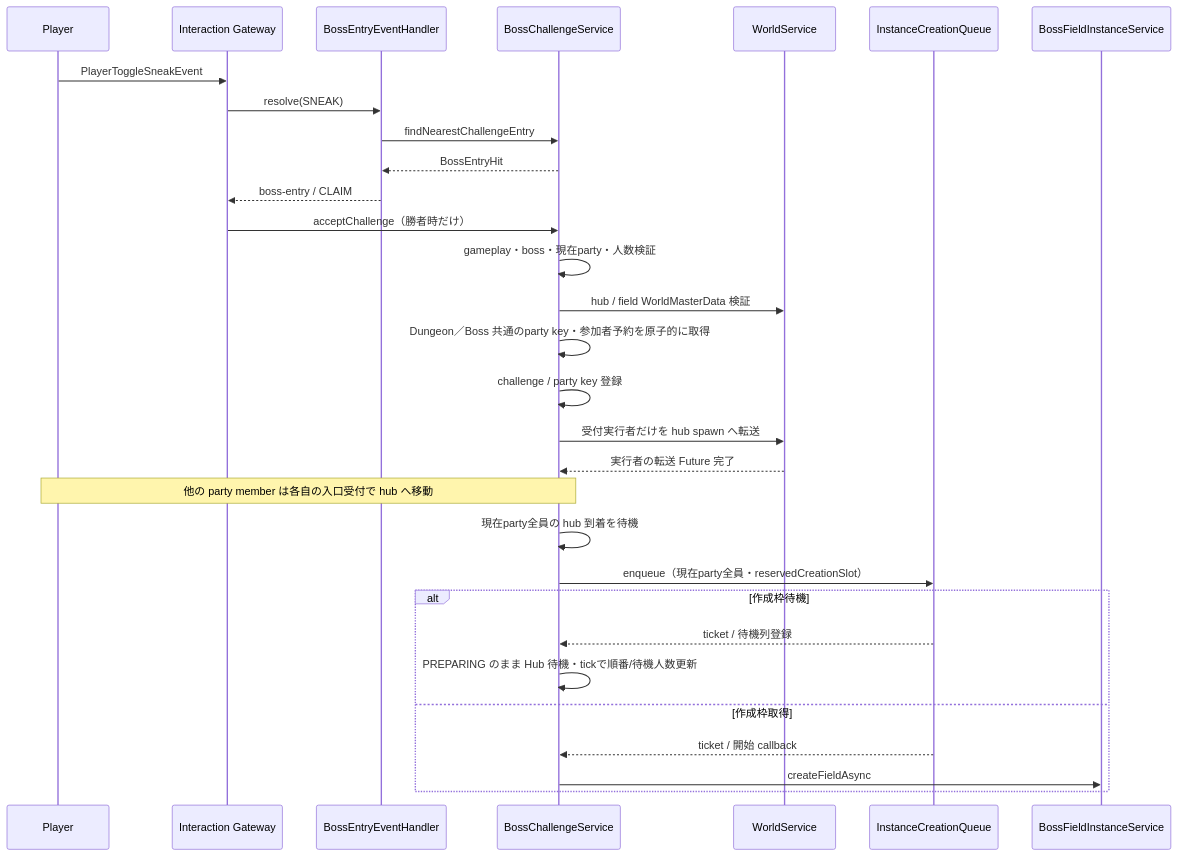
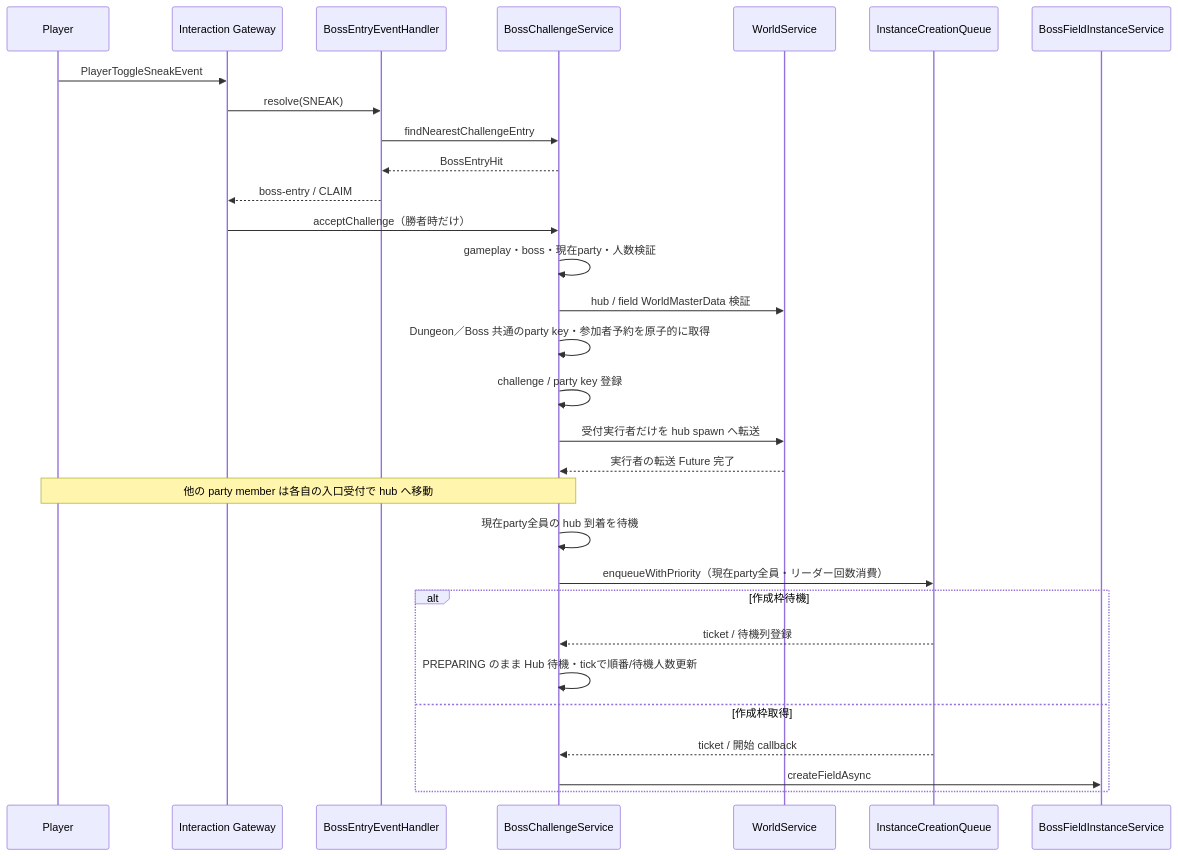
The first of 6 diagrams in 00_docs/10_Plugin設計書/feature/26-boss/26_4-統合フロー.md (maaasu/AstralRecord-Workspace), drawn with Mermaid before and after one commit. The commit also changed 14 other files, not shown here.

````diff
--- a/00_docs/10_Plugin設計書/feature/26-boss/26_4-統合フロー.md
+++ b/00_docs/10_Plugin設計書/feature/26-boss/26_4-統合フロー.md
@@ -7,33 +7,33 @@
 ```mermaid
 sequenceDiagram
     participant P as Player
     participant G as Interaction Gateway
     participant E as BossEntryEventHandler
     participant B as BossChallengeService
     participant W as WorldService
     participant Q as InstanceCreationQueue
     participant F as BossFieldInstanceService
 
     P->>G: PlayerToggleSneakEvent
     G->>E: resolve(SNEAK)
     E->>B: findNearestChallengeEntry
     B-->>E: BossEntryHit
     E-->>G: boss-entry / CLAIM
     G->>B: acceptChallenge（勝者時だけ）
     B->>B: gameplay・boss・現在party・人数検証
     B->>W: hub / field WorldMasterData 検証
     B->>B: Dungeon／Boss 共通のparty key・参加者予約を原子的に取得
     B->>B: challenge / party key 登録
     B->>W: 受付実行者だけを hub spawn へ転送
     W-->>B: 実行者の転送 Future 完了
     Note over P,B: 他の party member は各自の入口受付で hub へ移動
     B->>B: 現在party全員の hub 到着を待機
-    B->>Q: enqueue（現在party全員・reservedCreationSlot）
+    B->>Q: enqueueWithPriority（現在party全員・リーダー回数消費）
     alt 作成枠待機
         Q-->>B: ticket / 待機列登録
         B->>B: PREPARING のまま Hub 待機・tickで順番/待機人数更新
     else 作成枠取得
         Q-->>B: ticket / 開始 callback
         B->>F: createFieldAsync
     end
 ```
````
